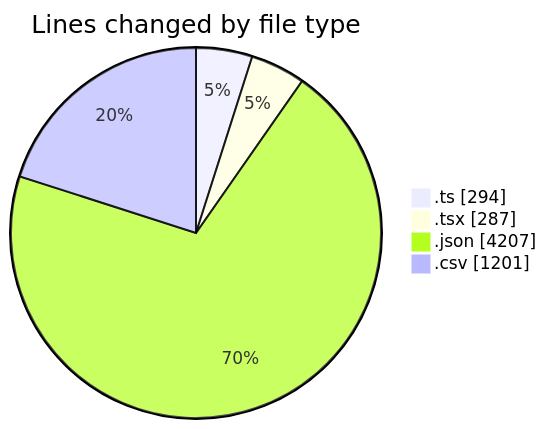
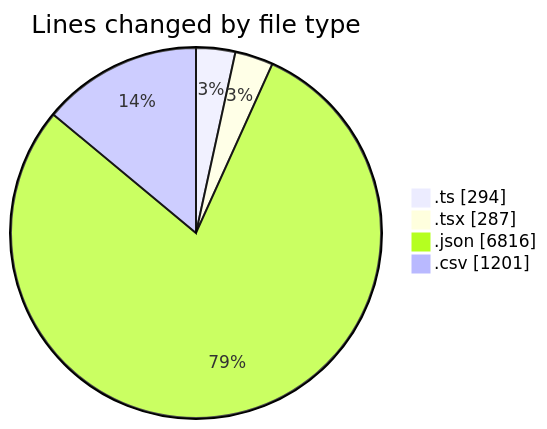
One commit to julien-gomy/code-tracking changed the first of 2 diagrams in 2025-11-13/eventscop-frontend-guide__workspace_/README.md. Above: the diagram before and after it, drawn with Mermaid. The commit also changed other lines of this file and 1 other file, not shown here.

````diff
--- a/2025-11-13/eventscop-frontend-guide__workspace_/README.md
+++ b/2025-11-13/eventscop-frontend-guide__workspace_/README.md
@@ -28,8 +28,8 @@
 ```mermaid
 pie showData
 title Lines changed by file type
 ".ts" : 294
 ".tsx" : 287
-".json" : 4207
+".json" : 6816
 ".csv" : 1201
 ```
````
